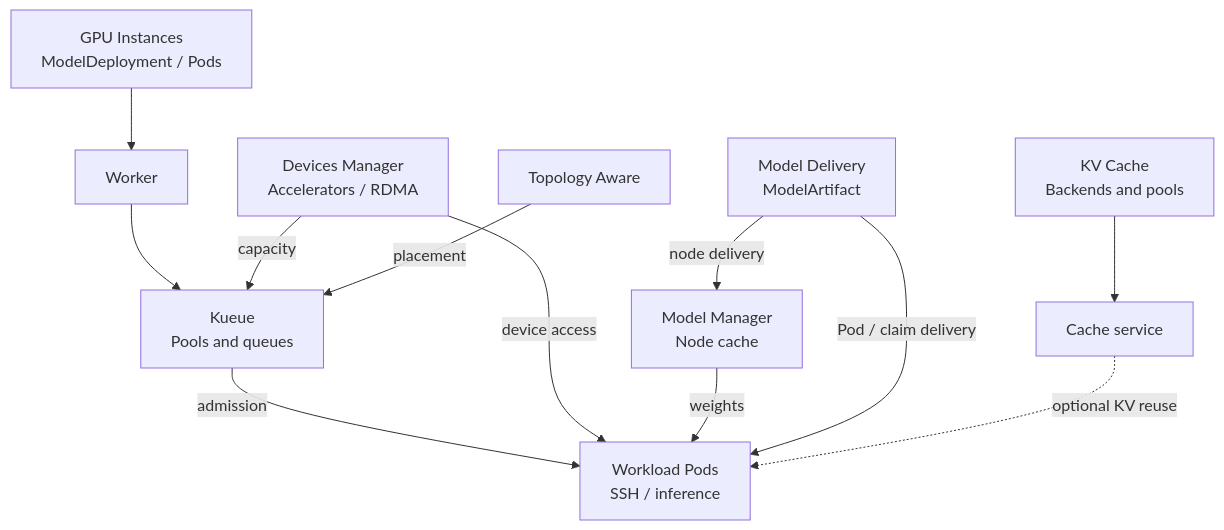
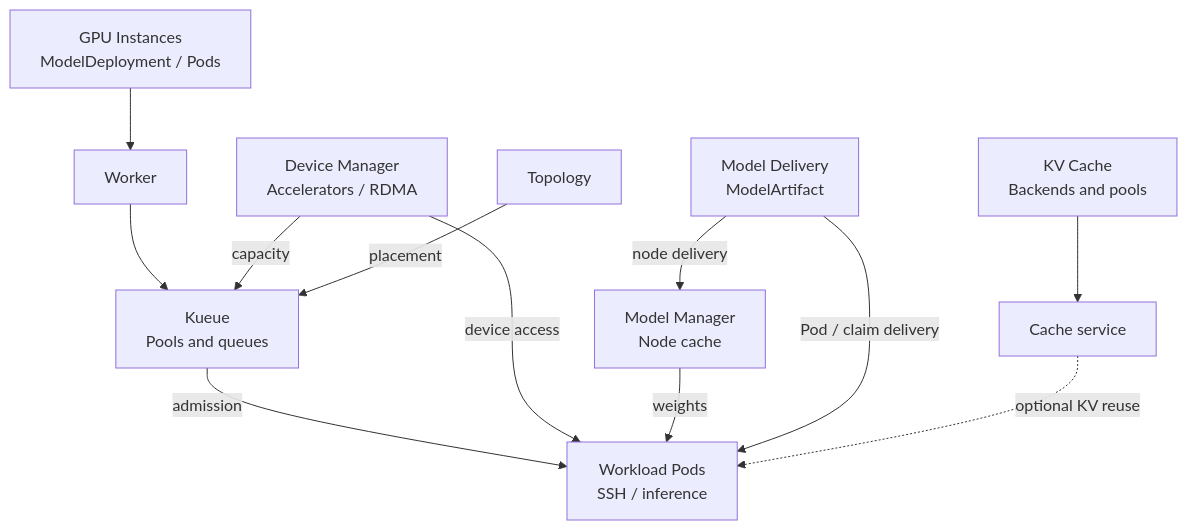
One commit to gpustack/gpustack-operator changed the diagram in docs/getting-started/architecture.md. Above: the diagram before and after it, drawn with Mermaid. The commit also changed 36 other files, not shown here.

````diff
--- a/docs/getting-started/architecture.md
+++ b/docs/getting-started/architecture.md
@@ -40,25 +40,25 @@
 ```mermaid
 flowchart TB
     REQUEST["GPU Instances<br/>ModelDeployment / Pods"]
     WORKER["Worker"]
-    DEVICES["Devices Manager<br/>Accelerators / RDMA"]
-    TOPOLOGY["Topology Aware"]
+    DEVICES["Device Manager<br/>Accelerators / RDMA"]
+    TOPOLOGY["Topology"]
     QUEUES["Kueue<br/>Pools and queues"]
     ARTIFACT["Model Delivery<br/>ModelArtifact"]
     MODELS["Model Manager<br/>Node cache"]
     CACHE["KV Cache<br/>Backends and pools"]
     STORE["Cache service"]
     PODS["Workload Pods<br/>SSH / inference"]
 
     REQUEST --> WORKER
     WORKER --> QUEUES
     DEVICES -- "capacity" --> QUEUES
     TOPOLOGY -- "placement" --> QUEUES
     QUEUES -- "admission" --> PODS
     DEVICES -- "device access" --> PODS
     ARTIFACT -- "node delivery" --> MODELS
     MODELS -- "weights" --> PODS
     ARTIFACT -- "Pod / claim delivery" --> PODS
     CACHE --> STORE
     STORE -. "optional KV reuse" .-> PODS
 ```
````
